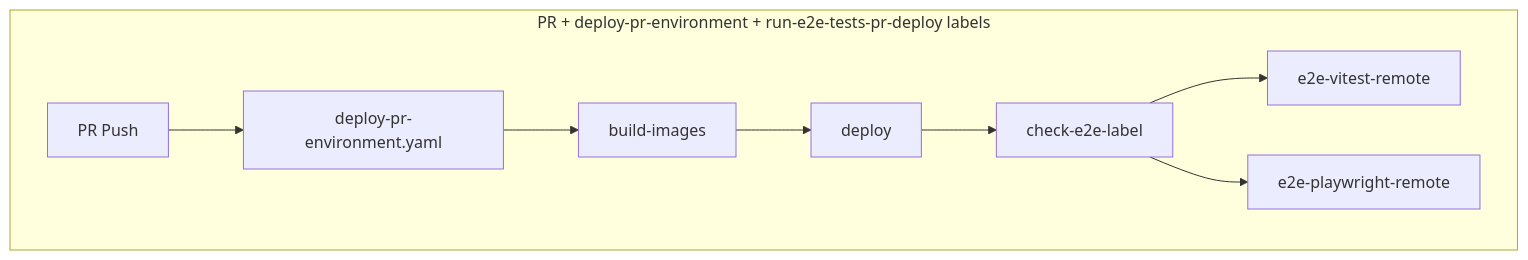
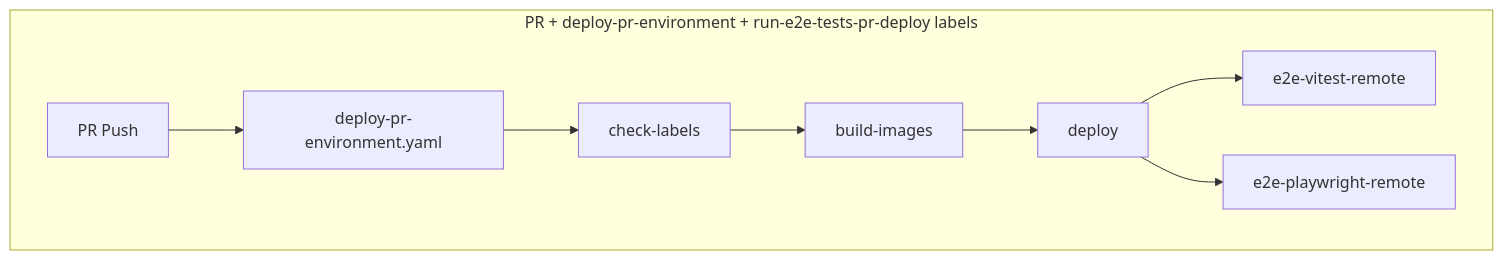
Before and after one commit to arunnadarasa/keeperhubarc: the fourth of 5 diagrams in docs/testing/README.md, drawn with Mermaid. The commit also changed other lines of this file and 1 other file, not shown here.

Commit message:
docs: fix stale references in testing and workflow docs
- Rename "Local" context to "Ephemeral" to match naming convention
- Fix mermaid diagram: replace non-existent check-e2e-label with check-labels
- Update e2e-tests-ephemeral.yml trigger to reflect workflow_call pattern
- Correct remote vitest test count from 114+ to ~130
- Add composite action (setup-node-pnpm) documentation to workflow docs

````diff
--- a/docs/testing/README.md
+++ b/docs/testing/README.md
@@ -87,11 +87,11 @@
 ```mermaid
 graph TD
     subgraph "PR + deploy-pr-environment + run-e2e-tests-pr-deploy labels"
         A[PR Push] --> B[deploy-pr-environment.yaml]
-        B --> C[build-images]
-        C --> D[deploy]
-        D --> E[check-e2e-label]
+        B --> C[check-labels]
+        C --> D[build-images]
+        D --> E[deploy]
         E --> F[e2e-vitest-remote]
         E --> G[e2e-playwright-remote]
     end
 ```
````
